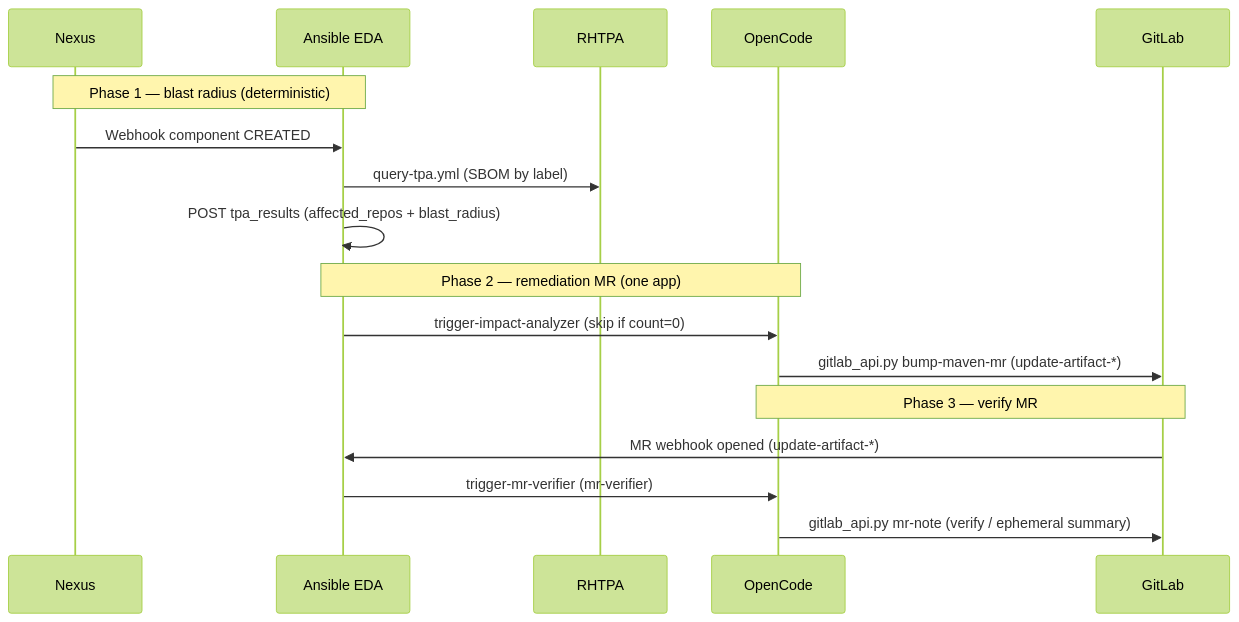
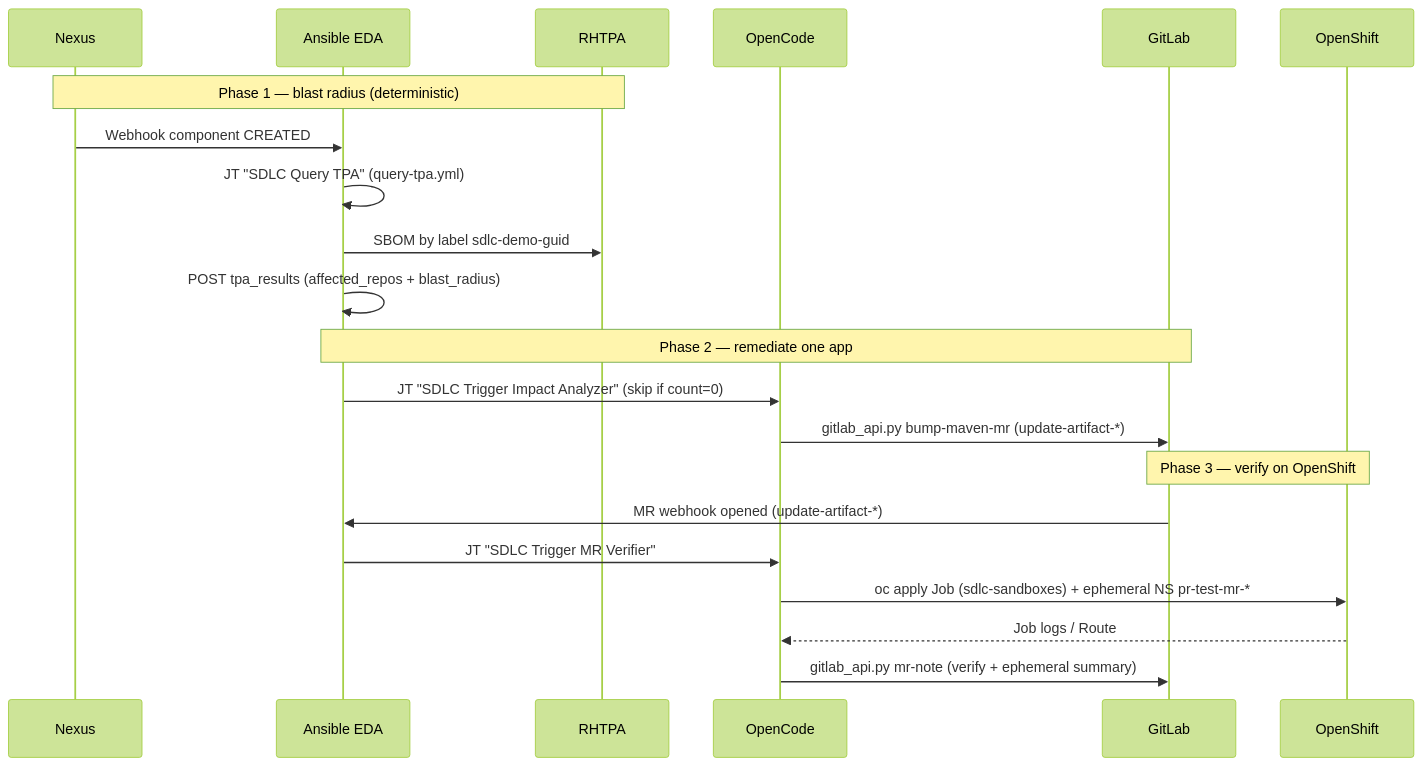
The diagram in README.md (sshaaf/lw-sdlc-opencode), drawn with Mermaid (forest theme) before and after one commit. The commit also changed other lines of this file, not shown here.

````diff
--- a/README.md
+++ b/README.md
@@ -15,22 +27,26 @@
 ```mermaid
 sequenceDiagram
   participant Nexus
   participant EDA as Ansible EDA
   participant TPA as RHTPA
   participant OC as OpenCode
   participant GL as GitLab
+  participant OCP as OpenShift
 
-  Note over Nexus,EDA: Phase 1 — blast radius (deterministic)
+  Note over Nexus,TPA: Phase 1 — blast radius (deterministic)
   Nexus->>EDA: Webhook component CREATED
-  EDA->>TPA: query-tpa.yml (SBOM by label)
+  EDA->>EDA: JT "SDLC Query TPA" (query-tpa.yml)
+  EDA->>TPA: SBOM by label sdlc-demo-guid
   EDA->>EDA: POST tpa_results (affected_repos + blast_radius)
 
-  Note over EDA,OC: Phase 2 — remediation MR (one app)
-  EDA->>OC: trigger-impact-analyzer (skip if count=0)
+  Note over EDA,GL: Phase 2 — remediate one app
+  EDA->>OC: JT "SDLC Trigger Impact Analyzer" (skip if count=0)
   OC->>GL: gitlab_api.py bump-maven-mr (update-artifact-*)
 
-  Note over GL,OC: Phase 3 — verify MR
+  Note over GL,OCP: Phase 3 — verify on OpenShift
   GL->>EDA: MR webhook opened (update-artifact-*)
-  EDA->>OC: trigger-mr-verifier (mr-verifier)
-  OC->>GL: gitlab_api.py mr-note (verify / ephemeral summary)
+  EDA->>OC: JT "SDLC Trigger MR Verifier"
+  OC->>OCP: oc apply Job (sdlc-sandboxes) + ephemeral NS pr-test-mr-*
+  OCP-->>OC: Job logs / Route
+  OC->>GL: gitlab_api.py mr-note (verify + ephemeral summary)
 ```
````
